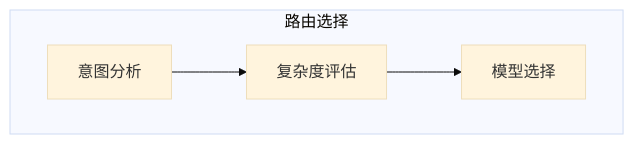
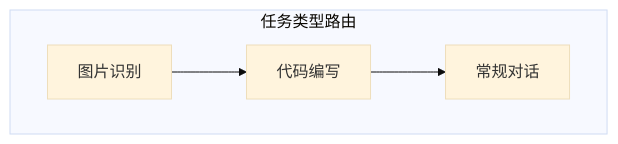
Before and after one commit to jesspig/micro-agent: the third of 4 diagrams in docs/core/agent.md, drawn with Mermaid (base theme). The commit also changed other lines of this file and 18 other files, not shown here.

````diff
--- a/docs/core/agent.md
+++ b/docs/core/agent.md
@@ -34,8 +34,8 @@
 ```mermaid
 flowchart LR
-    subgraph Router[路由选择]
+    subgraph Router[任务类型路由]
         direction LR
-        R1[意图分析] --> R2[复杂度评估]
-        R2 --> R3[模型选择]
+        R1[图片识别] --> R2[代码编写]
+        R2 --> R3[常规对话]
     end
 ```
````
